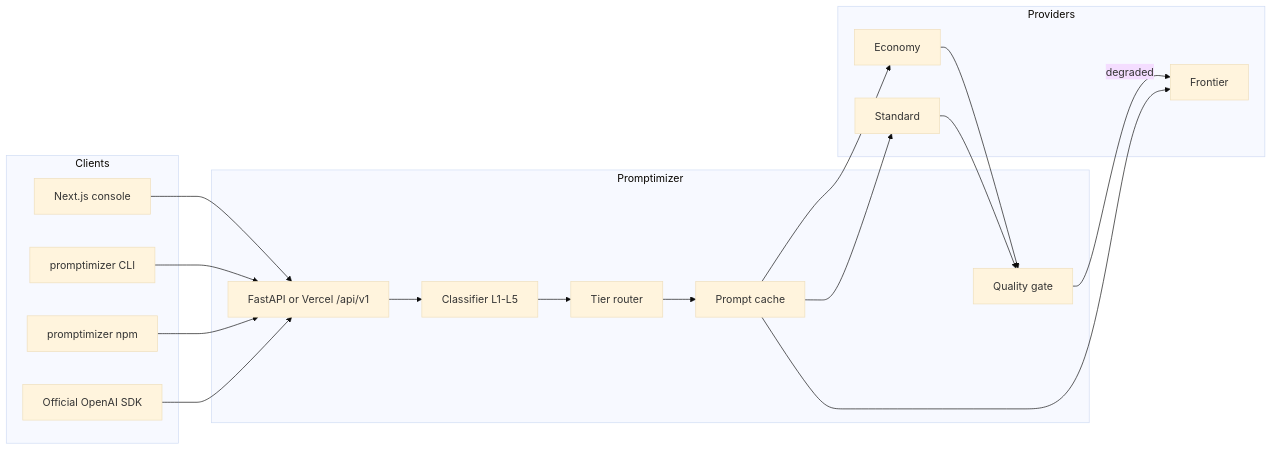
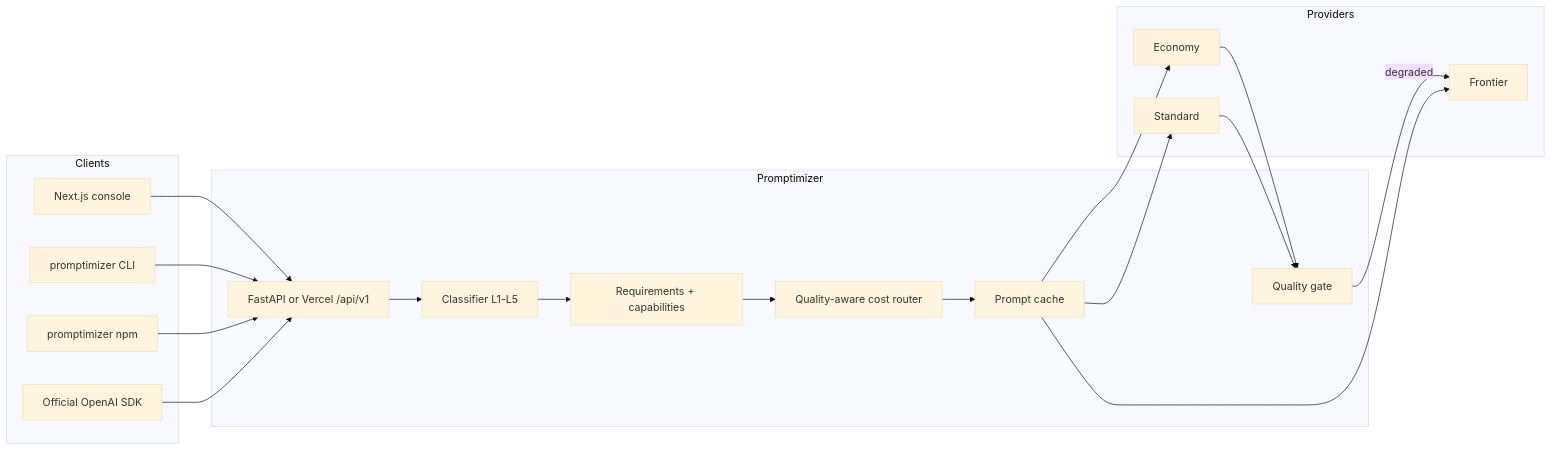
Before and after one commit to sreecharan-desu/promptimizer: the diagram in README.md, drawn with Mermaid (base theme). The commit also changed other lines of this file and 56 other files, not shown here.

First line of the commit message:
Integrate quality-aware optimizer core into the production monorepo.

````diff
--- a/README.md
+++ b/README.md
@@ -23,36 +23,37 @@
 ```mermaid
 flowchart LR
   subgraph Clients
     Web[Next.js console]
     CLI[promptimizer CLI]
     SDK[promptimizer npm]
     OpenAI[Official OpenAI SDK]
   end
 
   subgraph Promptimizer
     GW[FastAPI or Vercel /api/v1]
     C[Classifier L1-L5]
-    R[Tier router]
+    Req[Requirements + capabilities]
+    R[Quality-aware cost router]
     K[Prompt cache]
     Q[Quality gate]
   end
 
   subgraph Providers
     Eco[Economy]
     Std[Standard]
     Fr[Frontier]
   end
 
   Web --> GW
   CLI --> GW
   SDK --> GW
   OpenAI --> GW
-  GW --> C --> R
+  GW --> C --> Req --> R
   R --> K
   K --> Eco
   K --> Std
   K --> Fr
   Eco --> Q
   Std --> Q
   Q -->|degraded| Fr
 ```
````
